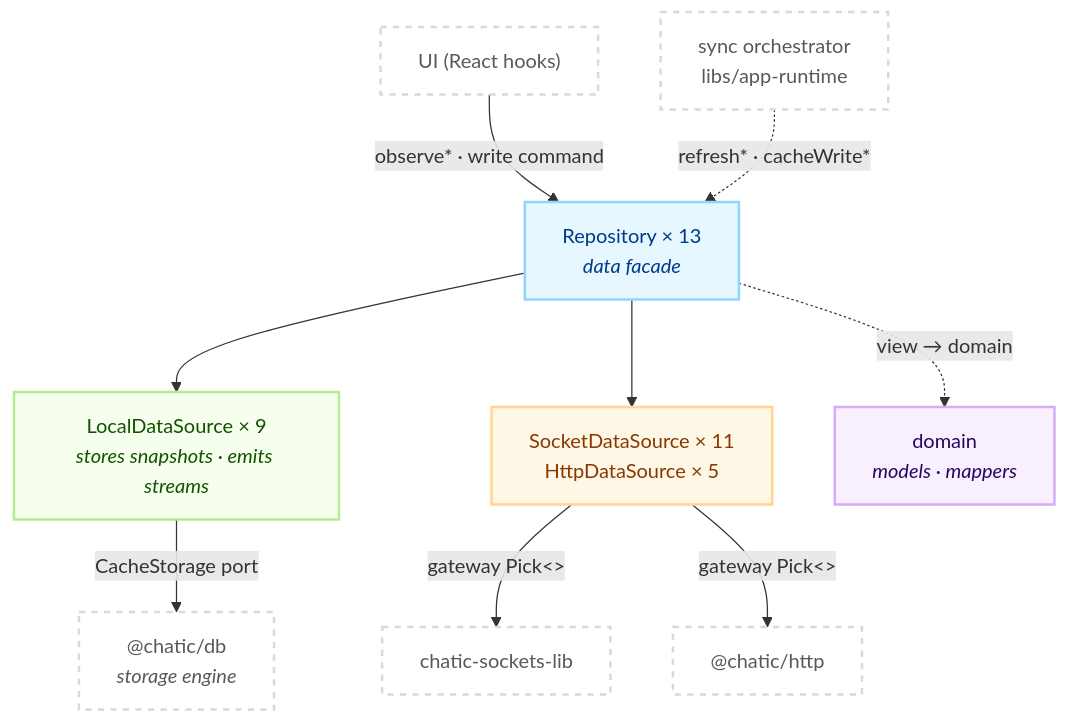
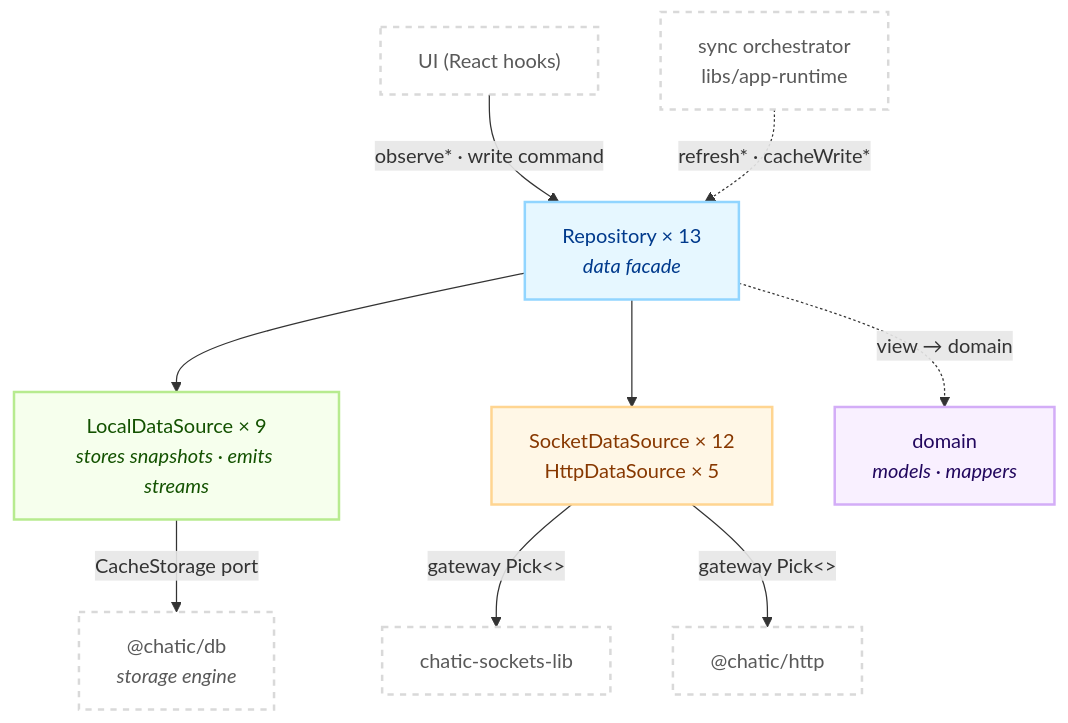
The first of 2 diagrams in libs/data/README.md (lemoncloud-io/dou-app), drawn with Mermaid before and after one commit. The commit also changed other lines of this file and 23 other files, not shown here.

````diff
--- a/libs/data/README.md
+++ b/libs/data/README.md
@@ -49,29 +49,29 @@
 ```mermaid
 flowchart TD
     classDef repo fill:#e6f7ff,stroke:#91d5ff,stroke-width:2px,color:#003a8c;
     classDef local fill:#f6ffed,stroke:#b7eb8f,stroke-width:2px,color:#135200;
     classDef remote fill:#fff7e6,stroke:#ffd591,stroke-width:2px,color:#873800;
     classDef domain fill:#f9f0ff,stroke:#d3adf7,stroke-width:2px,color:#22075e;
     classDef ext fill:#ffffff,stroke:#d9d9d9,stroke-width:2px,color:#595959,stroke-dasharray: 5 5;
 
     UI["UI (React hooks)"]:::ext
     Sync["sync orchestrator<br/>libs/app-runtime"]:::ext
 
     Repo["Repository × 13<br/><i>data facade</i>"]:::repo
     Local["LocalDataSource × 9<br/><i>stores snapshots · emits streams</i>"]:::local
-    Remote["SocketDataSource × 11<br/>HttpDataSource × 5"]:::remote
+    Remote["SocketDataSource × 12<br/>HttpDataSource × 5"]:::remote
     Domain["domain<br/><i>models · mappers</i>"]:::domain
 
     DB["@chatic/db<br/><i>storage engine</i>"]:::ext
     Sock["chatic-sockets-lib"]:::ext
     Http["@chatic/http"]:::ext
 
     UI -->|"observe* · write command"| Repo
     Sync -.->|"refresh* · cacheWrite*"| Repo
     Repo --> Local
     Repo --> Remote
     Repo -.->|"view → domain"| Domain
     Local -->|"CacheStorage port"| DB
     Remote -->|"gateway Pick&lt;&gt;"| Sock
     Remote -->|"gateway Pick&lt;&gt;"| Http
 ```
````
